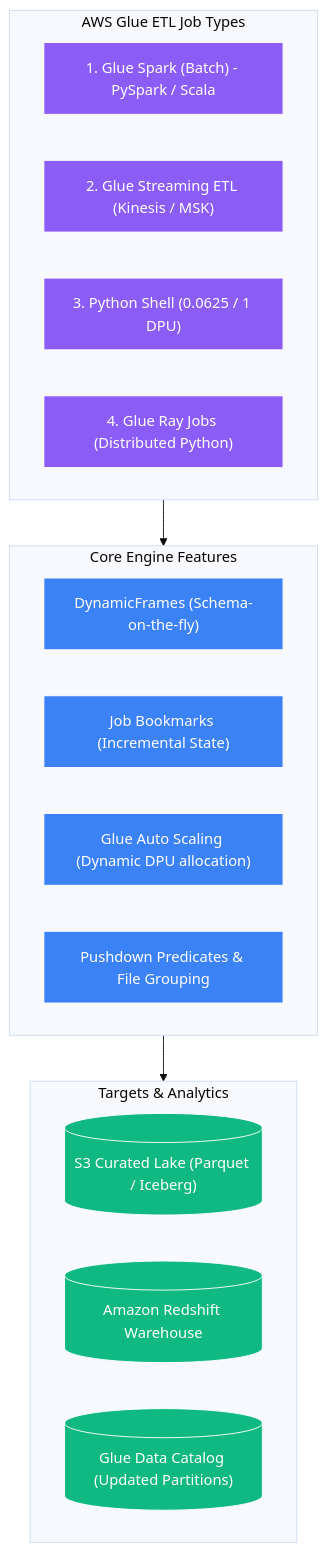
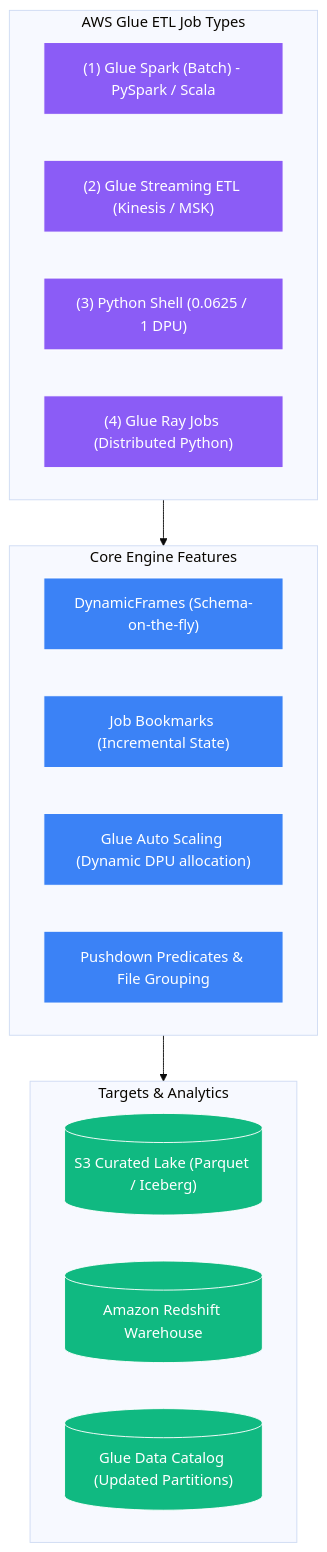
The first of 4 diagrams in content/en/02-services/analytics-streaming/glue/glue-etl-jobs.md (Wathon/aws-dea-c01-note), drawn with Mermaid (base theme) before and after one commit. The commit also changed 49 other files, not shown here.

Commit message:
Fix 'Unsupported markdown: list' Mermaid rendering issues across all English and Burmese notes

````diff
--- a/content/en/02-services/analytics-streaming/glue/glue-etl-jobs.md
+++ b/content/en/02-services/analytics-streaming/glue/glue-etl-jobs.md
@@ -31,33 +31,33 @@
 ```mermaid
 graph TD
     subgraph JobTypes["AWS Glue ETL Job Types"]
-        SparkBatch["1. Glue Spark (Batch) - PySpark / Scala"]
-        SparkStream["2. Glue Streaming ETL (Kinesis / MSK)"]
-        PythonShell["3. Python Shell (0.0625 / 1 DPU)"]
-        RayJobs["4. Glue Ray Jobs (Distributed Python)"]
+        SparkBatch["(1) Glue Spark (Batch) - PySpark / Scala"]
+        SparkStream["(2) Glue Streaming ETL (Kinesis / MSK)"]
+        PythonShell["(3) Python Shell (0.0625 / 1 DPU)"]
+        RayJobs["(4) Glue Ray Jobs (Distributed Python)"]
     end
 
     subgraph CoreFeatures["Core Engine Features"]
         DynamicFrame["DynamicFrames (Schema-on-the-fly)"]
         Bookmarks["Job Bookmarks (Incremental State)"]
         AutoScaling["Glue Auto Scaling (Dynamic DPU allocation)"]
         Pushdown["Pushdown Predicates & File Grouping"]
     end
 
     subgraph ExecutionOutput["Targets & Analytics"]
         S3Lake[("S3 Curated Lake (Parquet / Iceberg)")]
         Redshift[("Amazon Redshift Warehouse")]
         DataCatalog[("Glue Data Catalog (Updated Partitions)")]
     end
 
     JobTypes --> CoreFeatures
     CoreFeatures --> ExecutionOutput
 
     classDef jobs fill:#8b5cf6,stroke:#fff,stroke-width:1px,color:#fff;
     classDef feat fill:#3b82f6,stroke:#fff,stroke-width:1px,color:#fff;
     classDef out fill:#10b981,stroke:#fff,stroke-width:1px,color:#fff;
 
     class SparkBatch,SparkStream,PythonShell,RayJobs jobs;
     class DynamicFrame,Bookmarks,AutoScaling,Pushdown feat;
     class S3Lake,Redshift,DataCatalog out;
 ```
````
